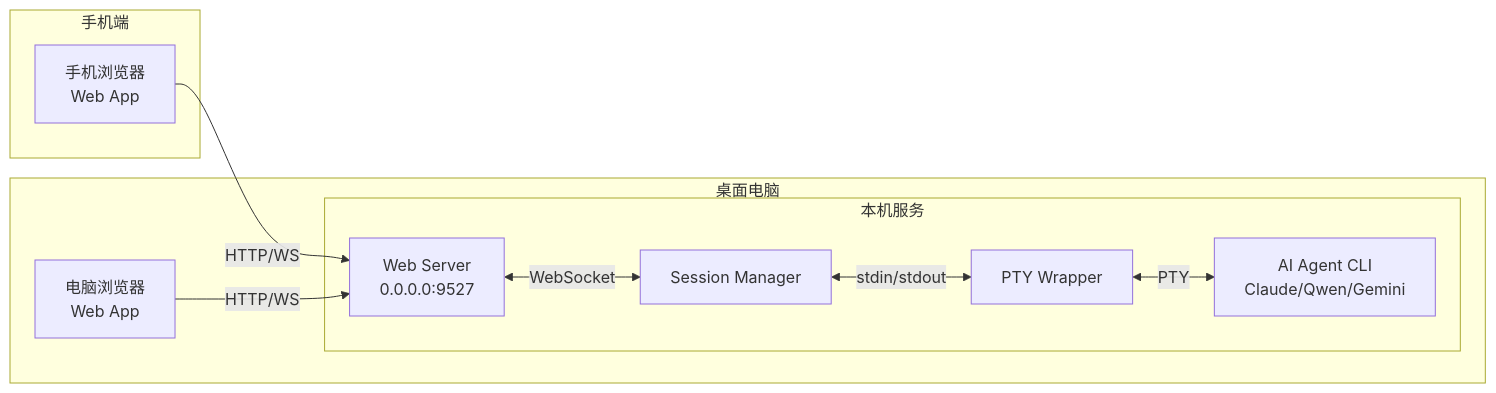
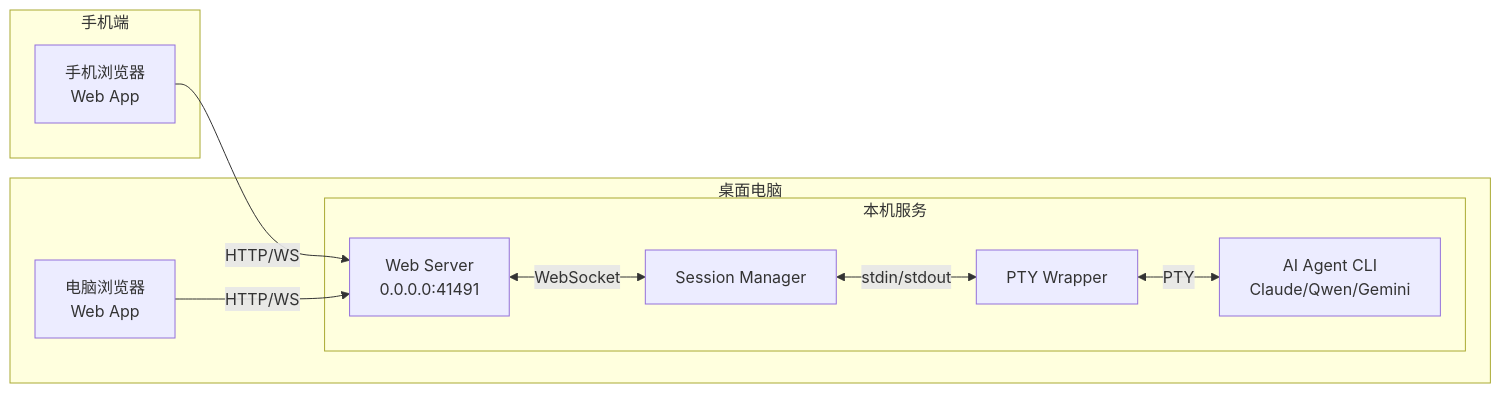
Before and after one commit to duran4000/ai-agent-remote: the diagram in doc/DEVELOP.md, drawn with Mermaid. The commit also changed other lines of this file and 12 other files, not shown here.

````diff
--- a/doc/DEVELOP.md
+++ b/doc/DEVELOP.md
@@ -34,22 +34,22 @@
 ```mermaid
 flowchart LR
     subgraph 手机端
         Browser_Phone[手机浏览器<br/>Web App]
     end
 
     subgraph 桌面电脑
         subgraph 本机服务
-            Server[Web Server<br/>0.0.0.0:9527]
+            Server[Web Server<br/>0.0.0.0:41491]
             SM[Session Manager]
             Wrapper[PTY Wrapper]
             CLI[AI Agent CLI<br/>Claude/Qwen/Gemini]
         end
         Browser_PC[电脑浏览器<br/>Web App]
     end
 
     Browser_Phone --"HTTP/WS"--> Server
     Browser_PC --"HTTP/WS"--> Server
     Server <--"WebSocket"--> SM
     SM <--"stdin/stdout"--> Wrapper
     Wrapper <--"PTY"--> CLI
 ```
````
